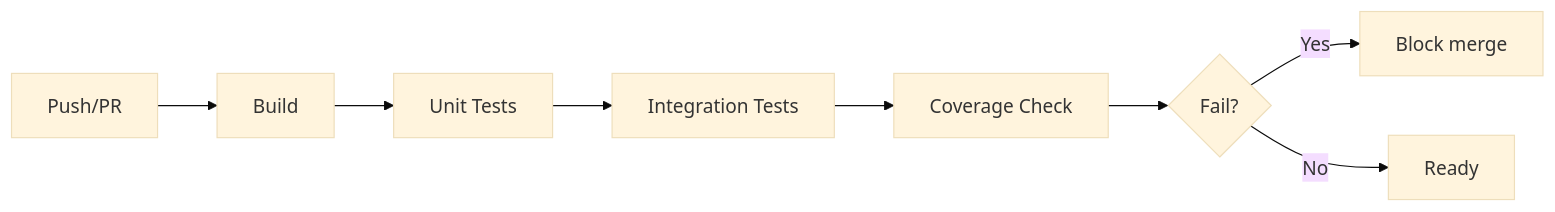
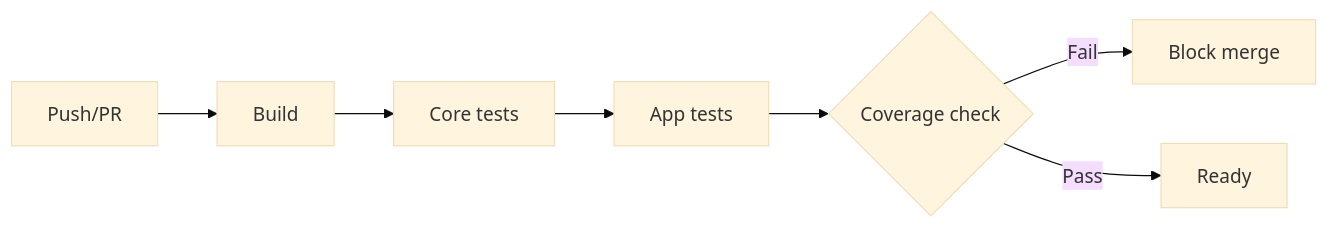
The diagram in docs/contributing/TESTING.md (marcelofrau/arcana), drawn with Mermaid (base theme) before and after one commit. The commit also changed other lines of this file and 19 other files, not shown here.

Commit message:
docs: rewrite full documentation suite (architecture, specs, roadmap, API, security, README)

````diff
--- a/docs/contributing/TESTING.md
+++ b/docs/contributing/TESTING.md
@@ -169,10 +62,9 @@
 ```mermaid
 flowchart LR
     A[Push/PR] --> B[Build]
-    B --> C[Unit Tests]
-    C --> D[Integration Tests]
-    D --> E[Coverage Check]
-    E --> F{Fail?}
-    F -->|Yes| G[Block merge]
-    F -->|No| H[Ready]
+    B --> C[Core tests]
+    C --> D[App tests]
+    D --> E{Coverage check}
+    E -->|Fail| G[Block merge]
+    E -->|Pass| H[Ready]
 ```
````
